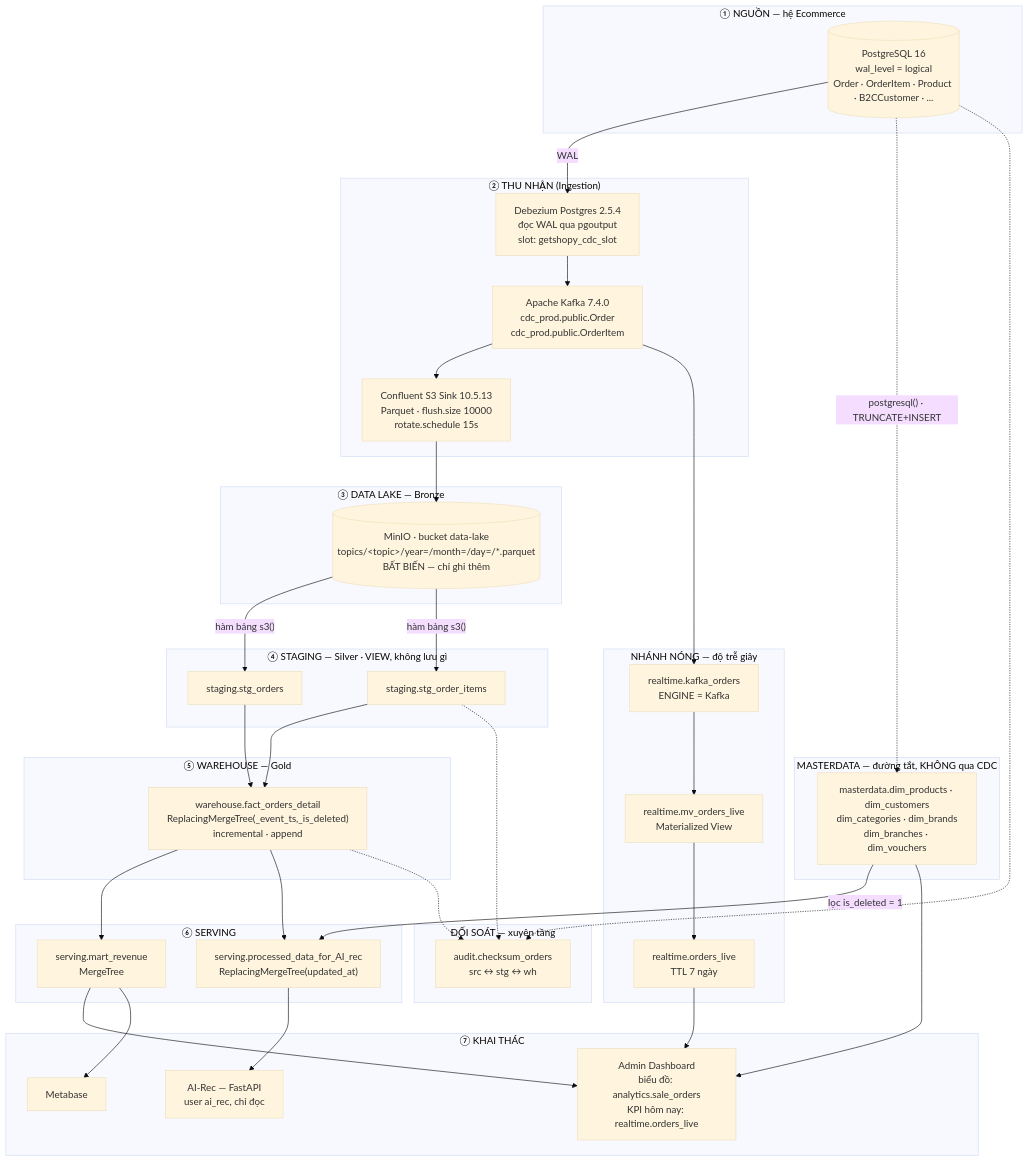
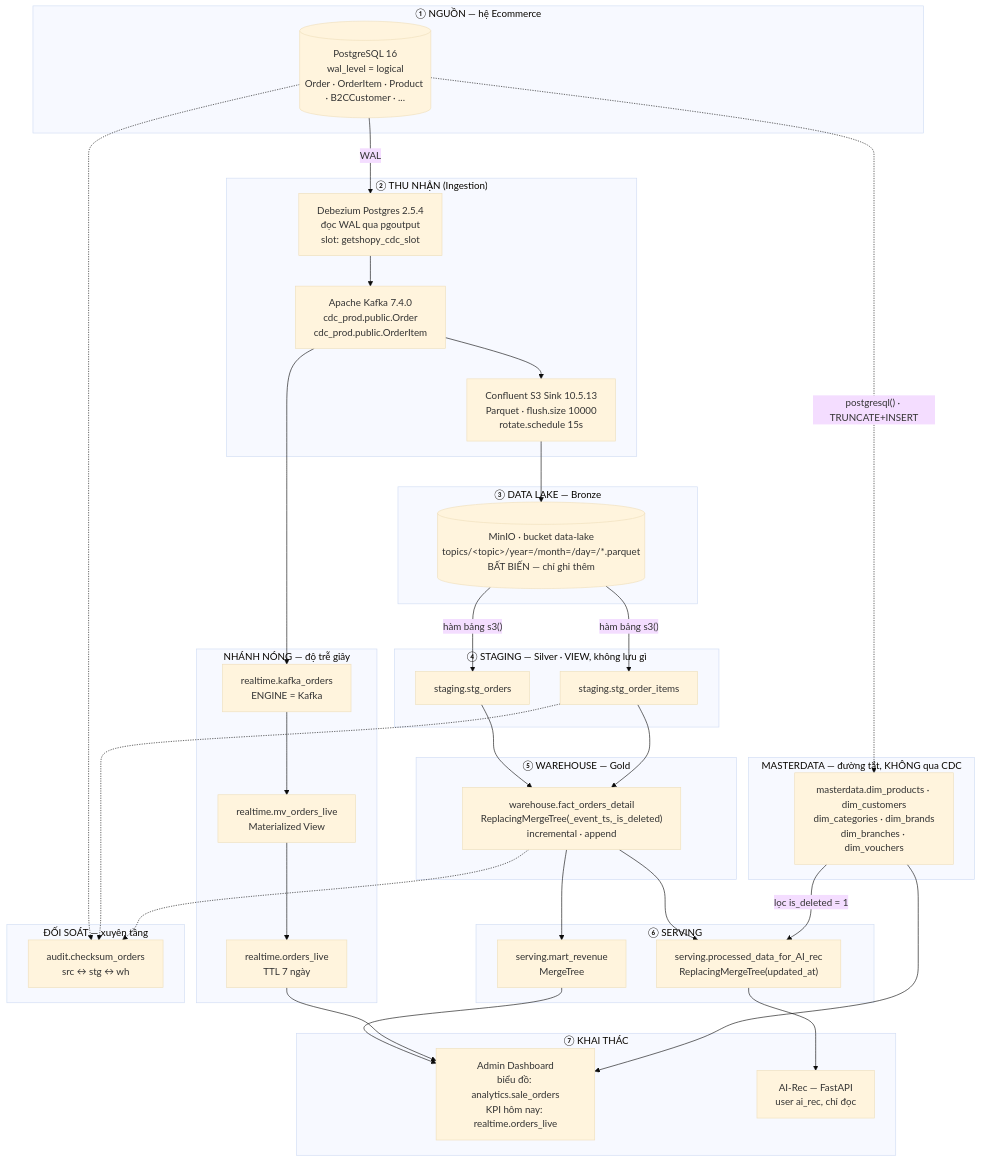
Before and after one commit to LeVanTrieuAn/ktln-Getshopy: the first of 5 diagrams in local-infra-sandbox/docs/architecture.md, drawn with Mermaid (base theme). The commit also changed other lines of this file and 9 other files, not shown here.

````diff
--- a/local-infra-sandbox/docs/architecture.md
+++ b/local-infra-sandbox/docs/architecture.md
@@ -131,69 +131,67 @@
 ```mermaid
 flowchart TB
     subgraph SRC["① NGUỒN — hệ Ecommerce"]
         PG[("PostgreSQL 16<br/>wal_level = logical<br/>Order · OrderItem · Product · B2CCustomer · ...")]
     end
 
     subgraph ING["② THU NHẬN (Ingestion)"]
         DBZ["Debezium Postgres 2.5.4<br/>đọc WAL qua pgoutput<br/>slot: getshopy_cdc_slot"]
         KFK["Apache Kafka 7.4.0<br/>cdc_prod.public.Order<br/>cdc_prod.public.OrderItem"]
         SNK["Confluent S3 Sink 10.5.13<br/>Parquet · flush.size 10000<br/>rotate.schedule 15s"]
     end
 
     subgraph LAKE["③ DATA LAKE — Bronze"]
         MIO[("MinIO · bucket data-lake<br/>topics/&lt;topic&gt;/year=/month=/day=/*.parquet<br/>BẤT BIẾN — chỉ ghi thêm")]
     end
 
     subgraph STG["④ STAGING — Silver · VIEW, không lưu gì"]
         V1["staging.stg_orders"]
         V2["staging.stg_order_items"]
     end
 
     subgraph WHS["⑤ WAREHOUSE — Gold"]
         FCT["warehouse.fact_orders_detail<br/>ReplacingMergeTree(_event_ts,_is_deleted)<br/>incremental · append"]
     end
 
     subgraph SRV["⑥ SERVING"]
         MRT["serving.mart_revenue<br/>MergeTree"]
         AIT["serving.processed_data_for_AI_rec<br/>ReplacingMergeTree(updated_at)"]
     end
 
     subgraph MDT["MASTERDATA — đường tắt, KHÔNG qua CDC"]
         DIM["masterdata.dim_products · dim_customers<br/>dim_categories · dim_brands<br/>dim_branches · dim_vouchers"]
     end
 
     subgraph HOT["NHÁNH NÓNG — độ trễ giây"]
         KEN["realtime.kafka_orders<br/>ENGINE = Kafka"]
         MVW["realtime.mv_orders_live<br/>Materialized View"]
         OLV["realtime.orders_live<br/>TTL 7 ngày"]
     end
 
     subgraph CSM["⑦ KHAI THÁC"]
         ADM["Admin Dashboard<br/>biểu đồ: analytics.sale_orders<br/>KPI hôm nay: realtime.orders_live"]
         AIR["AI-Rec — FastAPI<br/>user ai_rec, chỉ đọc"]
-        MTB["Metabase"]
     end
 
     subgraph AUD["ĐỐI SOÁT — xuyên tầng"]
         CHK["audit.checksum_orders<br/>src ↔ stg ↔ wh"]
     end
 
     PG -->|WAL| DBZ --> KFK --> SNK --> MIO
     MIO -->|"hàm bảng s3()"| V1
     MIO -->|"hàm bảng s3()"| V2
     V1 --> FCT
     V2 --> FCT
     FCT --> MRT
     FCT --> AIT
     DIM -->|"lọc is_deleted = 1"| AIT
     PG -.->|"postgresql() · TRUNCATE+INSERT"| DIM
     KFK --> KEN --> MVW --> OLV
     MRT --> ADM
     OLV --> ADM
     DIM --> ADM
     AIT --> AIR
-    MRT --> MTB
     PG -.-> CHK
     V2 -.-> CHK
     FCT -.-> CHK
 ```
````
